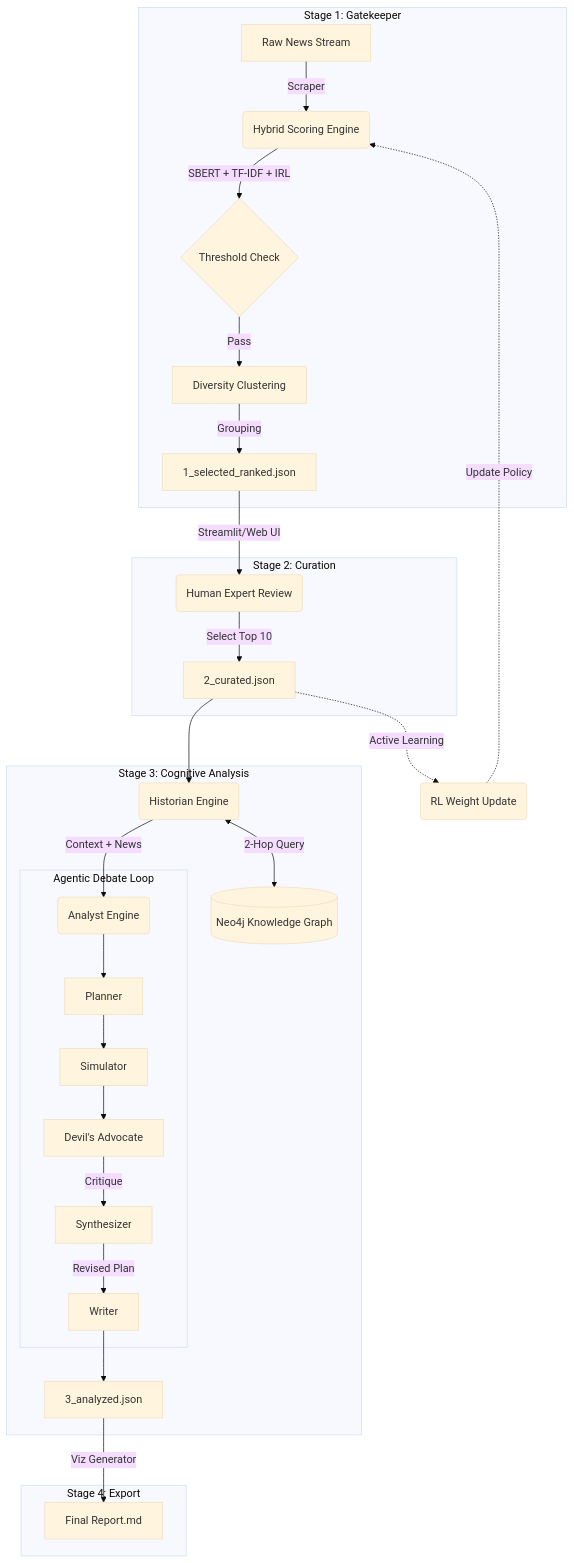
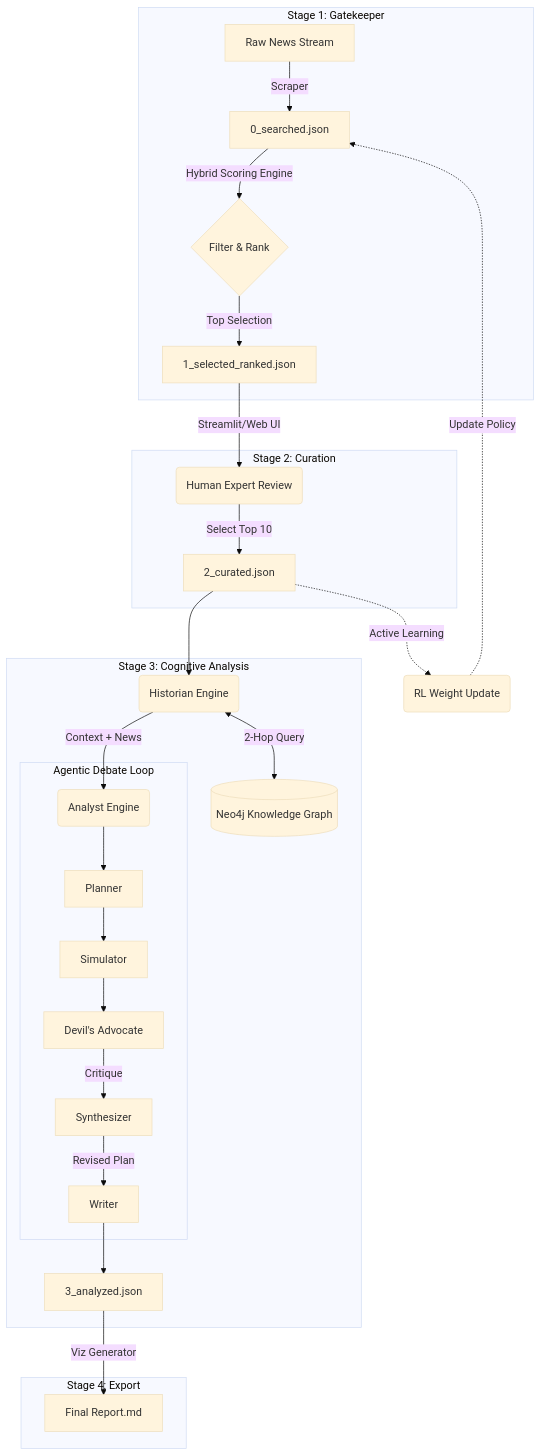
One commit to lemonzamong/Autowein changed the diagram in README.md. Above: the diagram before and after it, drawn with Mermaid (base theme). The commit also changed 11 other files, not shown here.

````diff
--- a/README.md
+++ b/README.md
@@ -13,38 +13,37 @@
 ```mermaid
 graph TD
     subgraph Stage 1: Gatekeeper
-    A[Raw News Stream] -->|Scraper| B(Hybrid Scoring Engine)
-    B -->|SBERT + TF-IDF + IRL| C{Threshold Check}
-    C -->|Pass| D[Diversity Clustering]
-    D -->|Grouping| E[1_selected_ranked.json]
+    A[Raw News Stream] -->|Scraper| B[0_searched.json]
+    B -->|Hybrid Scoring Engine| C{Filter & Rank}
+    C -->|Top Selection| E[1_selected_ranked.json]
     end
 
     subgraph Stage 2: Curation
     E -->|Streamlit/Web UI| F(Human Expert Review)
     F -->|Select Top 10| G[2_curated.json]
     end
 
     %% Active Learning Loop
     G -.->|Active Learning| Lrn(RL Weight Update)
     Lrn -.->|Update Policy| B
 
     subgraph Stage 3: Cognitive Analysis
     G --> H(Historian Engine)
     H <-->|2-Hop Query| I[(Neo4j Knowledge Graph)]
     H -->|Context + News| J(Analyst Engine)
     
     subgraph Agentic Debate Loop
     J --> K[Planner]
     K --> L[Simulator]
     L --> M[Devil's Advocate]
     M -->|Critique| N[Synthesizer]
     N -->|Revised Plan| O[Writer]
     end
     
     O --> P[3_analyzed.json]
     end
 
     subgraph Stage 4: Export
     P -->|Viz Generator| Q[Final Report.md]
     end
 ```
````
